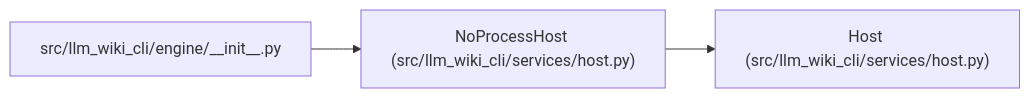
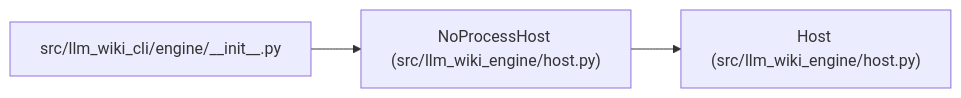
Before and after one commit to Denissvgn/python-wiki-llm: the diagram in docs/llm_wiki/entities/NoProcessHost.md, drawn with Mermaid. The commit also changed other lines of this file and 1103 other files, not shown here.

First line of the commit message:
docs: refresh the wiki for the llm-wiki-engine distribution

````diff
--- a/docs/llm_wiki/entities/NoProcessHost.md
+++ b/docs/llm_wiki/entities/NoProcessHost.md
@@ -26,11 +26,11 @@
 ```mermaid
 flowchart LR
-    n0["NoProcessHost (src/llm_wiki_cli/services/host.py)"]
-    n1["Host (src/llm_wiki_cli/services/host.py)"]
+    n0["NoProcessHost (src/llm_wiki_engine/host.py)"]
+    n1["Host (src/llm_wiki_engine/host.py)"]
     n2["src/llm_wiki_cli/engine/__init__.py"]
     n0 --> n1
     n2 --> n0
     click n0 "../modules/host.md"
     click n1 "../modules/host.md"
     click n2 "../modules/engine___init__.md"
 ```
````
